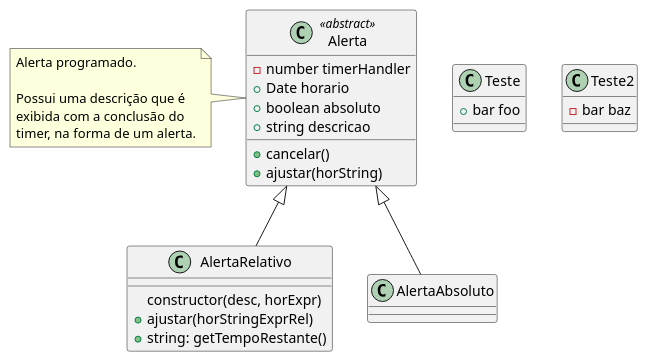
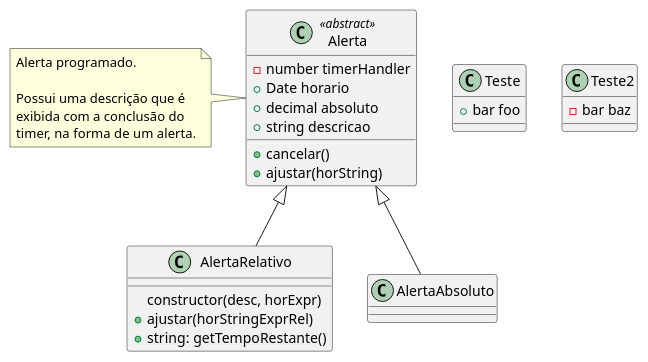
One commit to ruipimentel/plantuml-demo changed the diagram in classes.puml. Above: the diagram before and after it, drawn with PlantUML.

Commit message:
Altera boolean → decimal

```diff
--- a/classes.puml
+++ b/classes.puml
@@ -1,32 +1,32 @@
 @startuml "Classes"
 
 top to bottom direction
 
 class Teste {
   + bar foo
 }
 
 class Alerta <<abstract>> {
   - number timerHandler
   + Date horario
-  + boolean absoluto
+  + decimal absoluto
   + string descricao
   + cancelar()
   + ajustar(horString)
 }
 note left of Alerta : Alerta programado.\n\nPossui uma descrição que é\nexibida com a conclusão do\ntimer, na forma de um alerta.
 
 class AlertaRelativo {
   constructor(desc, horExpr)
   + ajustar(horStringExprRel)
   + string: getTempoRestante()
 }
 
 class Teste2 {
   - bar baz
 }
 
 Alerta <|-- AlertaRelativo
 Alerta <|-- AlertaAbsoluto
 
 @enduml
```
